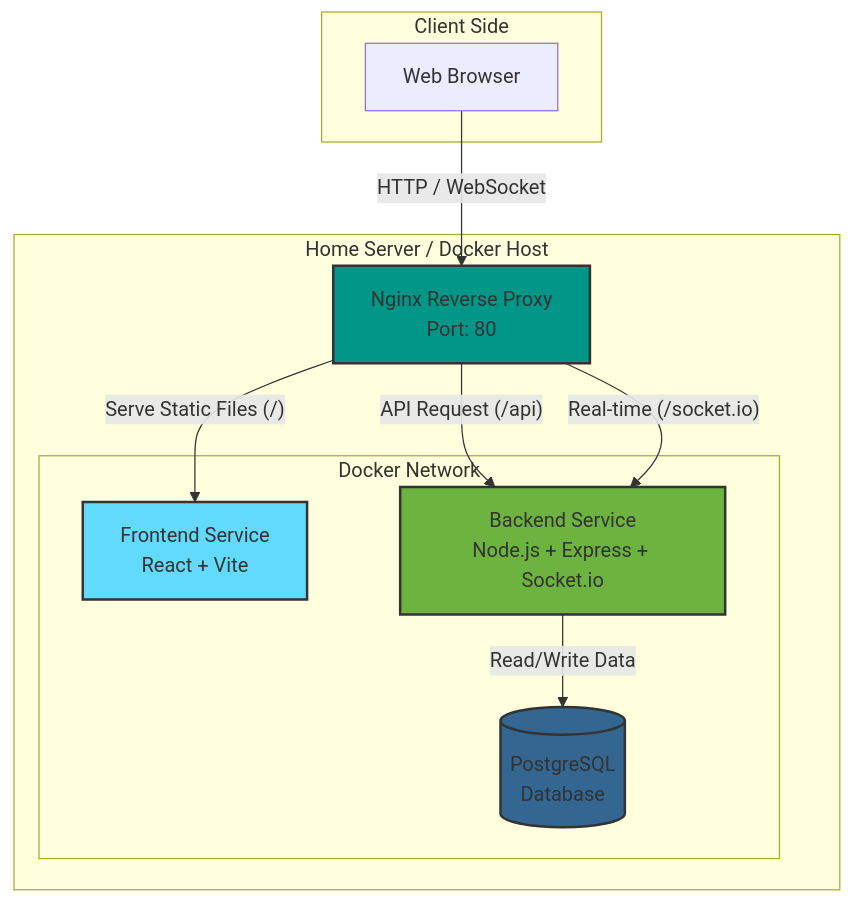
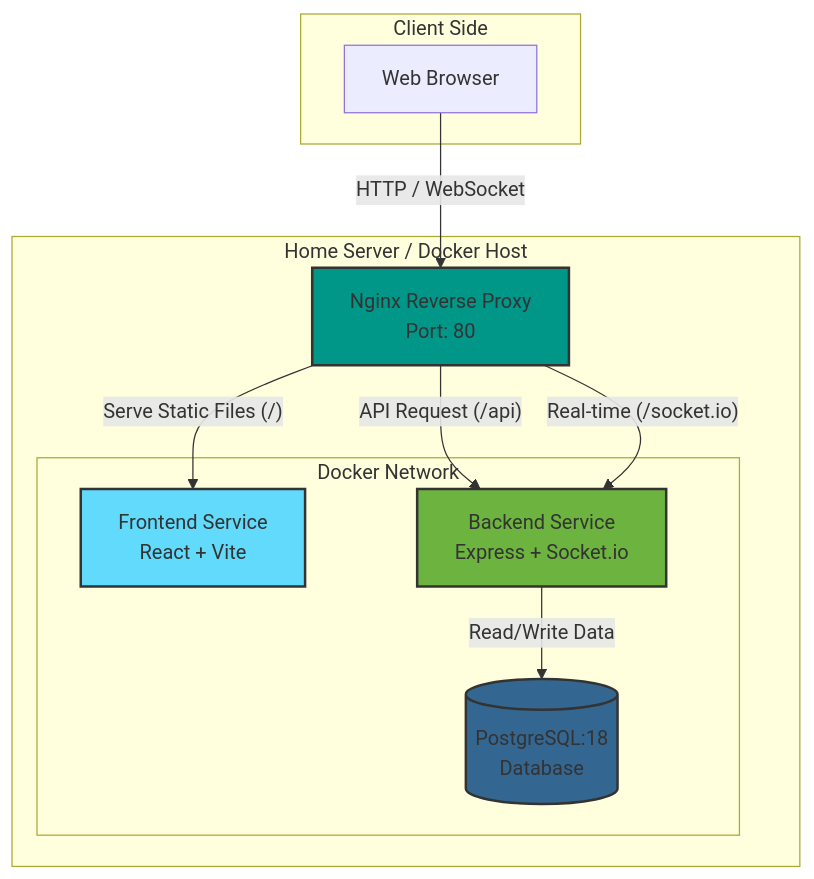
One commit to bs6465/SWE-frontend changed the diagram in README.md. Above: the diagram before and after it, drawn with Mermaid.

````diff
--- a/README.md
+++ b/README.md
@@ -1,29 +1,29 @@
 ```mermaid
 graph TD
     subgraph User_Environment [Client Side]
         Browser[Web Browser]
     end
 
     subgraph Docker_Host [Home Server / Docker Host]
         Nginx[Nginx Reverse Proxy<br/>Port: 80]
         
         subgraph Docker_Network [Docker Network]
             Frontend[Frontend Service<br/>React + Vite]
-            Backend[Backend Service<br/>Node.js + Express + Socket.io]
-            DB[(PostgreSQL<br/>Database)]
+            Backend[Backend Service<br/>Express + Socket.io]
+            DB[(PostgreSQL:18<br/>Database)]
         end
     end
 
     %% Connections
     Browser -- "HTTP / WebSocket" --> Nginx
     Nginx -- "Serve Static Files (/)" --> Frontend
     Nginx -- "API Request (/api)" --> Backend
     Nginx -- "Real-time (/socket.io)" --> Backend
     Backend -- "Read/Write Data" --> DB
 
     %% Styling
     style Nginx fill:#009688,stroke:#333,stroke-width:2px
     style Backend fill:#6db33f,stroke:#333,stroke-width:2px
     style Frontend fill:#61dafb,stroke:#333,stroke-width:2px
     style DB fill:#336791,stroke:#333,stroke-width:2px
 ```
````
